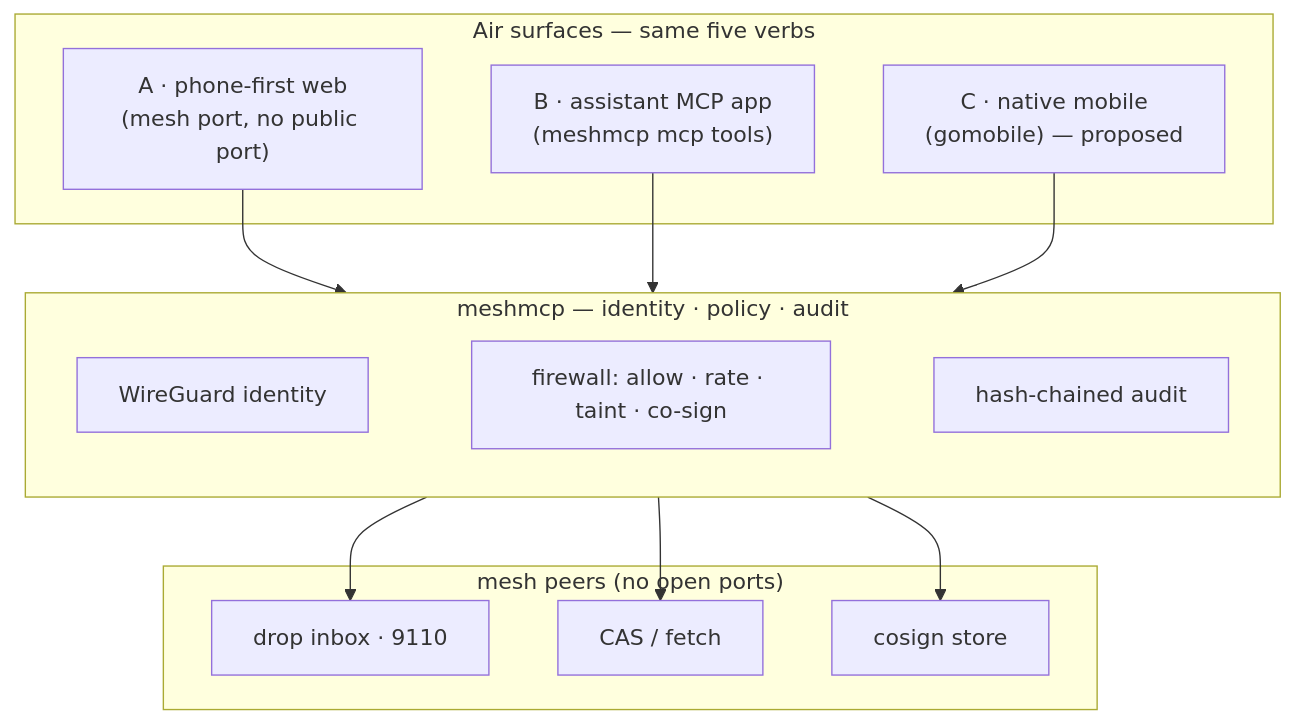
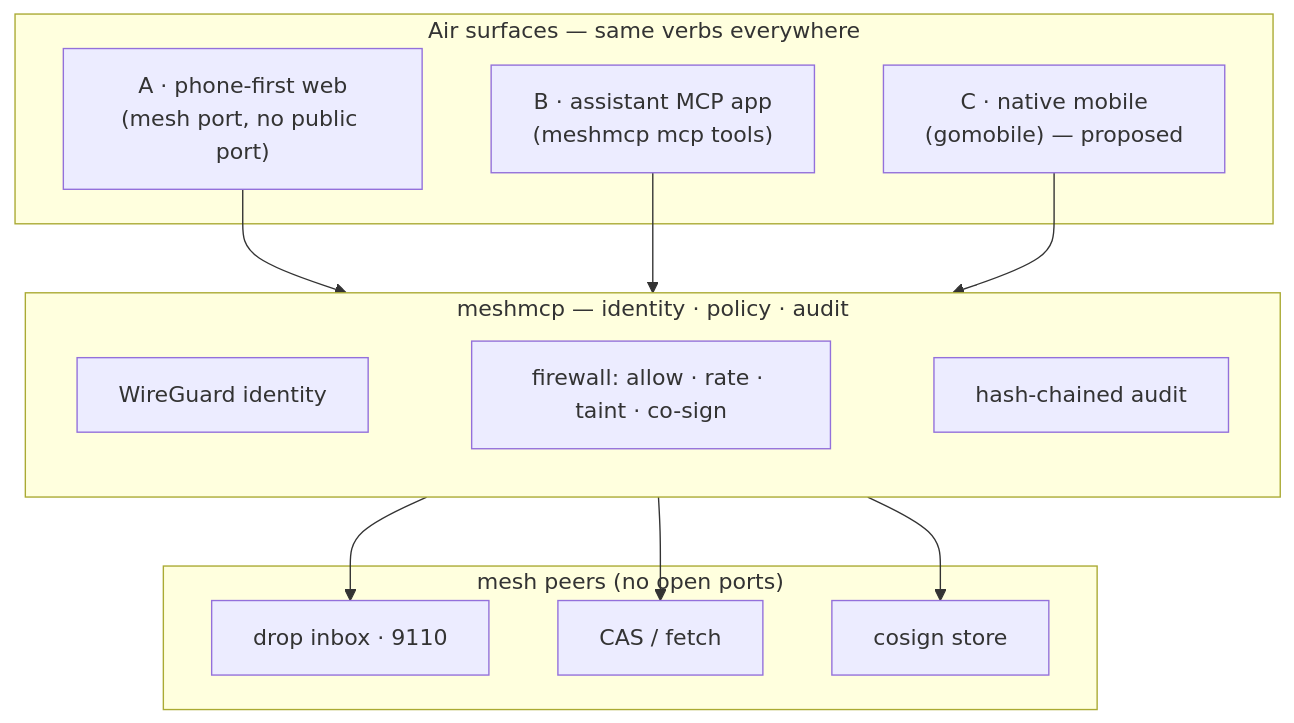
The diagram in docs/AIR.md (xrey167/meshmcp), drawn with Mermaid before and after one commit. The commit also changed other lines of this file and 3 other files, not shown here.

````diff
--- a/docs/AIR.md
+++ b/docs/AIR.md
@@ -164,18 +215,18 @@
 ```mermaid
 flowchart TB
-  subgraph surfaces ["Air surfaces — same five verbs"]
+  subgraph surfaces ["Air surfaces — same verbs everywhere"]
     W["A · phone-first web<br/>(mesh port, no public port)"]
     M["B · assistant MCP app<br/>(meshmcp mcp tools)"]
     N["C · native mobile<br/>(gomobile) — proposed"]
   end
   subgraph plane ["meshmcp — identity · policy · audit"]
     P1["WireGuard identity"] ~~~ P2["firewall: allow · rate · taint · co-sign"] ~~~ P3["hash-chained audit"]
   end
   subgraph peers ["mesh peers (no open ports)"]
     D1["drop inbox · 9110"]
     D2["CAS / fetch"]
     D3["cosign store"]
   end
   W & M & N --> plane
   plane --> D1 & D2 & D3
 ```
````
